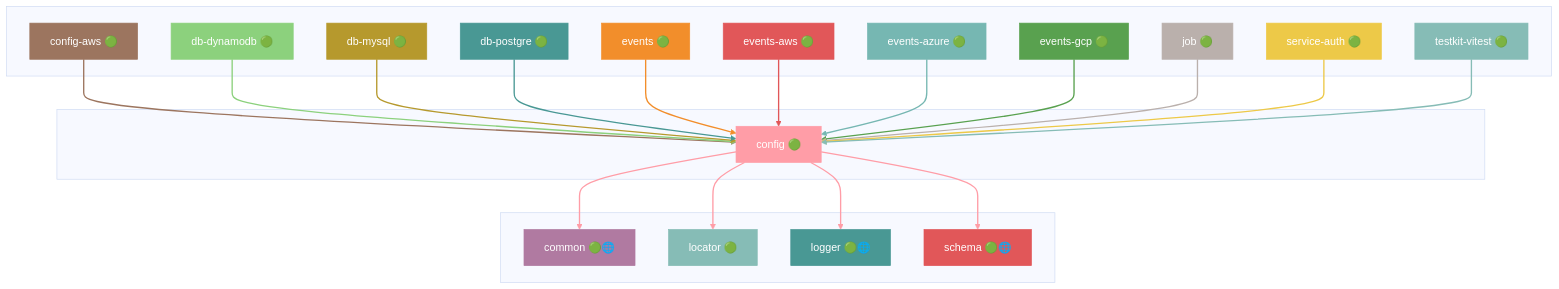
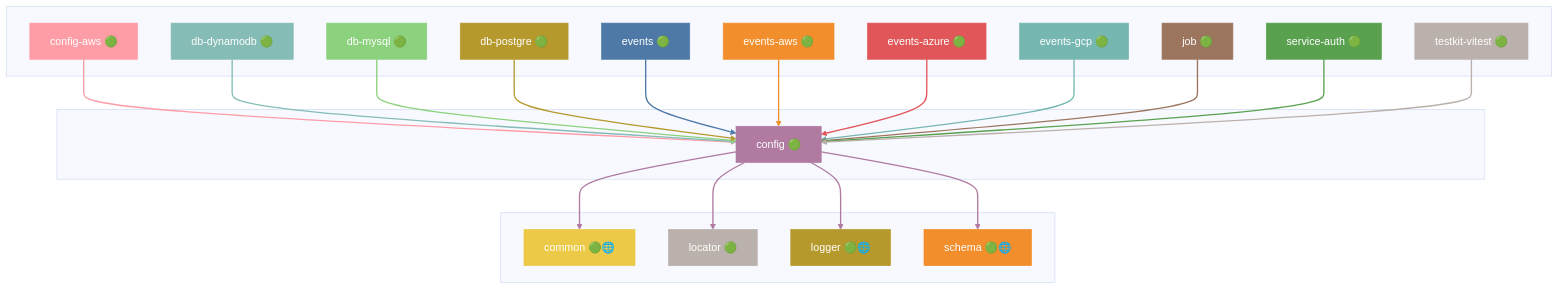
One commit to grest-ts/grest-ts changed the eighth of 50 diagrams in docs/DEPENDENCIES.md. Above: the diagram before and after it, drawn with Mermaid (base theme). The commit also changed other lines of this file and 57 other files, not shown here.

````diff
--- a/docs/DEPENDENCIES.md
+++ b/docs/DEPENDENCIES.md
@@ -727,71 +697,71 @@
 ```mermaid
 flowchart TB
     subgraph Dependents[" "]
         config-aws["config-aws 🟢"]
         db-dynamodb["db-dynamodb 🟢"]
         db-mysql["db-mysql 🟢"]
         db-postgre["db-postgre 🟢"]
         events["events 🟢"]
         events-aws["events-aws 🟢"]
         events-azure["events-azure 🟢"]
         events-gcp["events-gcp 🟢"]
         job["job 🟢"]
         service-auth["service-auth 🟢"]
         testkit-vitest["testkit-vitest 🟢"]
     end
     subgraph Package[" "]
         config["config 🟢"]
     end
     subgraph Dependencies[" "]
         common["common 🟢🌐"]
         locator["locator 🟢"]
         logger["logger 🟢🌐"]
         schema["schema 🟢🌐"]
     end
     config-aws --> config
     db-dynamodb --> config
     db-mysql --> config
     db-postgre --> config
     events --> config
     events-aws --> config
     events-azure --> config
     events-gcp --> config
     job --> config
     service-auth --> config
     testkit-vitest --> config
     config --> common
     config --> locator
     config --> logger
     config --> schema
-    style config fill:#FF9DA7,stroke:#FF9DA7,color:#fff
-    style config-aws fill:#9C755F,stroke:#9C755F,color:#fff
-    style db-dynamodb fill:#8CD17D,stroke:#8CD17D,color:#fff
-    style db-mysql fill:#B6992D,stroke:#B6992D,color:#fff
-    style db-postgre fill:#499894,stroke:#499894,color:#fff
-    style events fill:#F28E2B,stroke:#F28E2B,color:#fff
-    style events-aws fill:#E15759,stroke:#E15759,color:#fff
-    style events-azure fill:#76B7B2,stroke:#76B7B2,color:#fff
-    style events-gcp fill:#59A14F,stroke:#59A14F,color:#fff
-    style job fill:#BAB0AC,stroke:#BAB0AC,color:#fff
-    style service-auth fill:#EDC948,stroke:#EDC948,color:#fff
-    style testkit-vitest fill:#86BCB6,stroke:#86BCB6,color:#fff
-    style common fill:#B07AA1,stroke:#B07AA1,color:#fff
-    style locator fill:#86BCB6,stroke:#86BCB6,color:#fff
-    style logger fill:#499894,stroke:#499894,color:#fff
-    style schema fill:#E15759,stroke:#E15759,color:#fff
-    linkStyle 0 stroke:#9C755F,stroke-width:2px
-    linkStyle 1 stroke:#8CD17D,stroke-width:2px
-    linkStyle 2 stroke:#B6992D,stroke-width:2px
-    linkStyle 3 stroke:#499894,stroke-width:2px
-    linkStyle 4 stroke:#F28E2B,stroke-width:2px
-    linkStyle 5 stroke:#E15759,stroke-width:2px
-    linkStyle 6 stroke:#76B7B2,stroke-width:2px
-    linkStyle 7 stroke:#59A14F,stroke-width:2px
-    linkStyle 8 stroke:#BAB0AC,stroke-width:2px
-    linkStyle 9 stroke:#EDC948,stroke-width:2px
-    linkStyle 10 stroke:#86BCB6,stroke-width:2px
-    linkStyle 11 stroke:#FF9DA7,stroke-width:2px
-    linkStyle 12 stroke:#FF9DA7,stroke-width:2px
-    linkStyle 13 stroke:#FF9DA7,stroke-width:2px
-    linkStyle 14 stroke:#FF9DA7,stroke-width:2px
+    style config fill:#B07AA1,stroke:#B07AA1,color:#fff
+    style config-aws fill:#FF9DA7,stroke:#FF9DA7,color:#fff
+    style db-dynamodb fill:#86BCB6,stroke:#86BCB6,color:#fff
+    style db-mysql fill:#8CD17D,stroke:#8CD17D,color:#fff
+    style db-postgre fill:#B6992D,stroke:#B6992D,color:#fff
+    style events fill:#4E79A7,stroke:#4E79A7,color:#fff
+    style events-aws fill:#F28E2B,stroke:#F28E2B,color:#fff
+    style events-azure fill:#E15759,stroke:#E15759,color:#fff
+    style events-gcp fill:#76B7B2,stroke:#76B7B2,color:#fff
+    style job fill:#9C755F,stroke:#9C755F,color:#fff
+    style service-auth fill:#59A14F,stroke:#59A14F,color:#fff
+    style testkit-vitest fill:#BAB0AC,stroke:#BAB0AC,color:#fff
+    style common fill:#EDC948,stroke:#EDC948,color:#fff
+    style locator fill:#BAB0AC,stroke:#BAB0AC,color:#fff
+    style logger fill:#B6992D,stroke:#B6992D,color:#fff
+    style schema fill:#F28E2B,stroke:#F28E2B,color:#fff
+    linkStyle 0 stroke:#FF9DA7,stroke-width:2px
+    linkStyle 1 stroke:#86BCB6,stroke-width:2px
+    linkStyle 2 stroke:#8CD17D,stroke-width:2px
+    linkStyle 3 stroke:#B6992D,stroke-width:2px
+    linkStyle 4 stroke:#4E79A7,stroke-width:2px
+    linkStyle 5 stroke:#F28E2B,stroke-width:2px
+    linkStyle 6 stroke:#E15759,stroke-width:2px
+    linkStyle 7 stroke:#76B7B2,stroke-width:2px
+    linkStyle 8 stroke:#9C755F,stroke-width:2px
+    linkStyle 9 stroke:#59A14F,stroke-width:2px
+    linkStyle 10 stroke:#BAB0AC,stroke-width:2px
+    linkStyle 11 stroke:#B07AA1,stroke-width:2px
+    linkStyle 12 stroke:#B07AA1,stroke-width:2px
+    linkStyle 13 stroke:#B07AA1,stroke-width:2px
+    linkStyle 14 stroke:#B07AA1,stroke-width:2px
 ```
````
